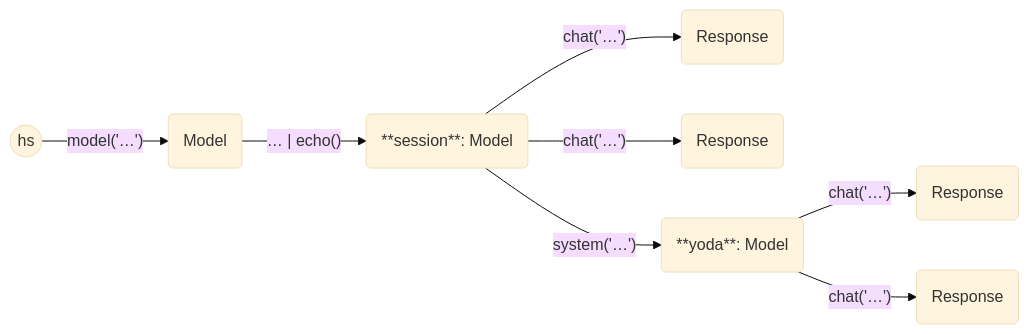
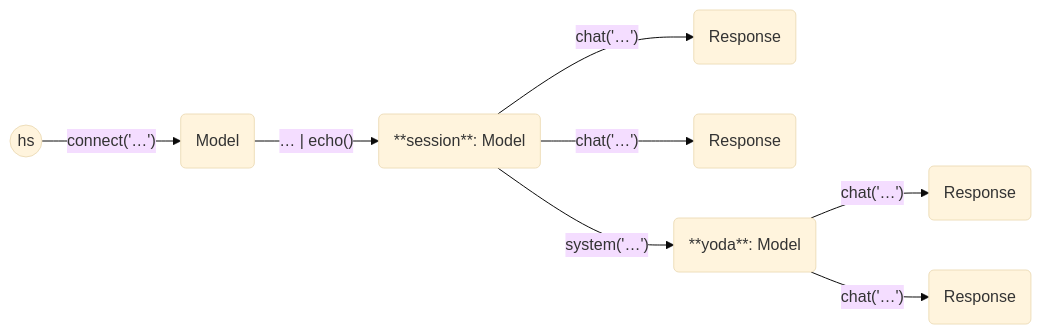
The diagram in examples/tree_of_calls/README.md (andygill/haverscript), drawn with Mermaid (base theme) before and after one commit. The commit also changed 14 other files, not shown here.

````diff
--- a/examples/tree_of_calls/README.md
+++ b/examples/tree_of_calls/README.md
@@ -44,21 +44,21 @@
 ```mermaid
 graph LR
 
     start((hs))
     m0(Model)
     m1(**session**: Model)
     r0(Response)
     r1(Response)
     m2(**yoda**: Model)
     r2(Response)
     r3(Response)
 
-    start -- model('…') --> m0
+    start -- connect('…') --> m0
     m0 -- … | echo() --> m1
     m1 -- system('…') --> m2
     m1 -- chat('…') --> r0
     m1 -- chat('…') --> r1
     m2 -- chat('…') --> r2
     m2 -- chat('…') --> r3
 
 ```
````
